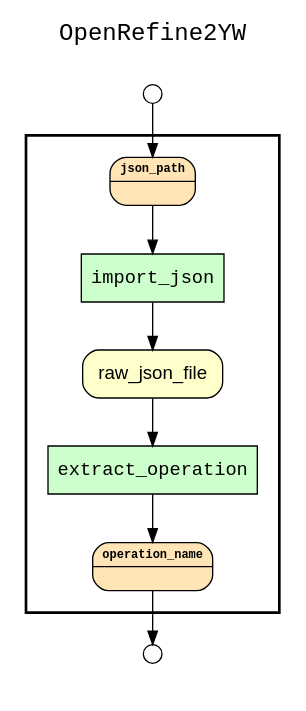
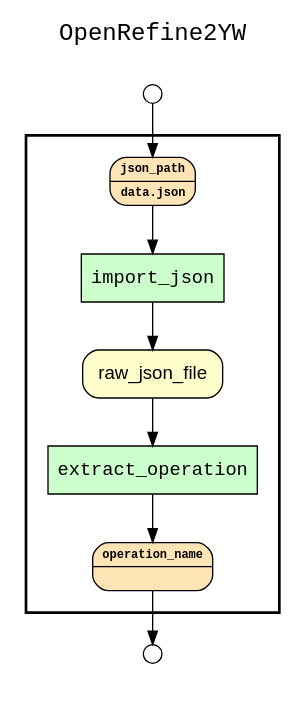
Before and after one commit to LanLi2017/WT-summer-2018-Lan-Li: the diagram in OR2YW/use_case/results/wf_recon_upstream_of_operation_name.gv, drawn with Graphviz. The commit also changed 27 other files, not shown here.

```diff
--- a/OR2YW/use_case/results/wf_recon_upstream_of_operation_name.gv
+++ b/OR2YW/use_case/results/wf_recon_upstream_of_operation_name.gv
@@ -1,36 +1,36 @@
 
 digraph yw_data_view {
 rankdir=TB
 fontname=Courier; fontsize=18; labelloc=t
 label="OpenRefine2YW"
 subgraph cluster_workflow { label=""; color=black; penwidth=2
 subgraph cluster_workflow_inner { label=""; color=white
 node[shape=box style="filled" fillcolor="#CCFFCC" peripheries=1 fontname=Courier]
 import_json
 extract_operation
 node[shape=box style="filled" fillcolor="#CCFFCC" peripheries=1 fontname=Courier]
 node[shape=box style="rounded,filled" fillcolor="#FFFFCC" peripheries=1 fontname=Helvetica]
 raw_json_file
 node[shape=box style="rounded,filled" fillcolor="#FFE4B5" peripheries=1 fontname="Courier-Bold" fontsize=9]
-json_path[shape=record rankdir=LR label="{<f0> json_path |<f1>}"]
+json_path[shape=record rankdir=LR label="{<f0> json_path |<f1>data.json\l}"]
 node[shape=box style="rounded,filled" fillcolor="#FFE4B5" peripheries=1 fontname="Courier-Bold" fontsize=9]
 operation_name[shape=record rankdir=LR label="{<f0> operation_name |<f1>}"]
 node[shape=box style="rounded,filled" fillcolor="#FFFFFF" peripheries=1 fontname=Helvetica]
 }}
 subgraph cluster_inflows { label=""; color=white; penwidth=2
 subgraph cluster_inflows_inner { label=""; color=white
 node[shape=circle fillcolor="#FFFFFF" peripheries=1 width=0.2]
 json_path_inflow [label=""]
 }}
 subgraph cluster_outflows { label=""; color=white; penwidth=2
 subgraph cluster_outflows_inner { label=""; color=white
 node[shape=circle fillcolor="#FFFFFF" peripheries=1 width=0.2]
 operation_name_outflow [label=""]
 }}
 raw_json_file -> extract_operation
 json_path -> import_json
 import_json -> raw_json_file
 extract_operation -> operation_name
 json_path_inflow -> json_path
 operation_name -> operation_name_outflow
 }
```
